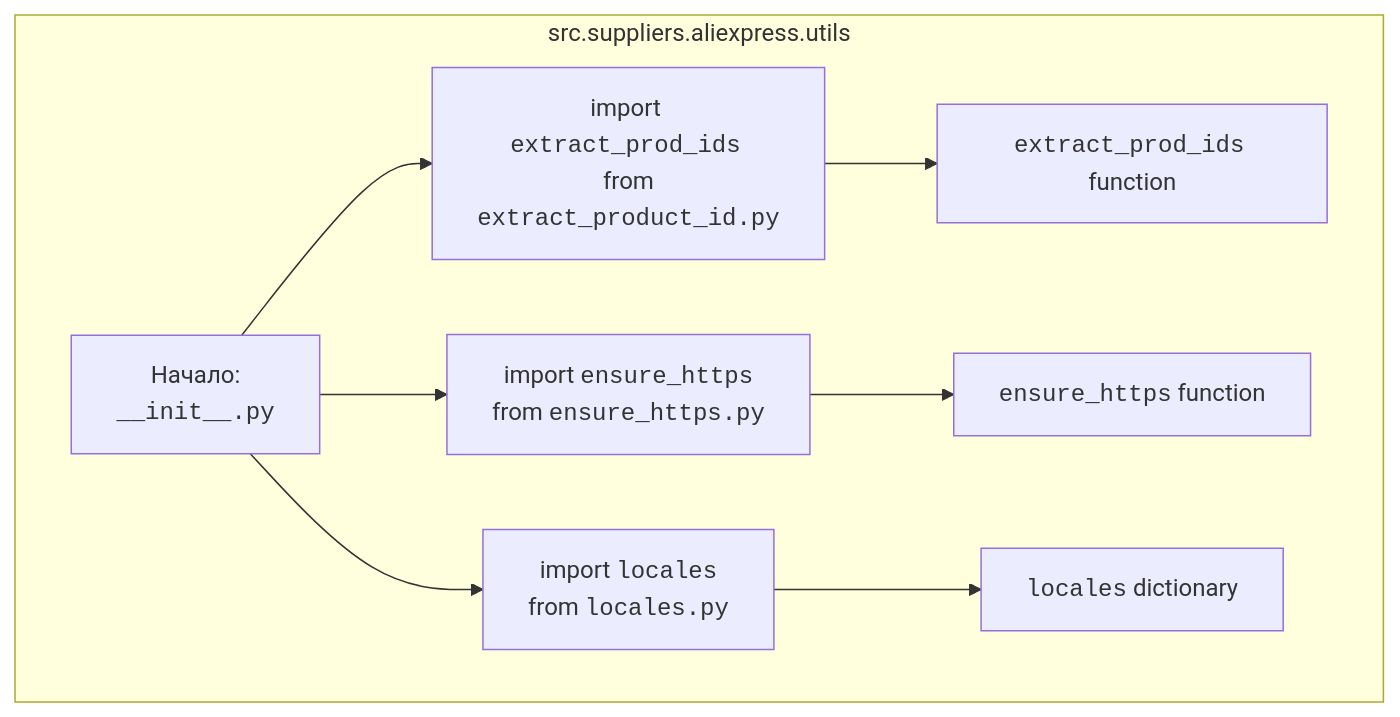
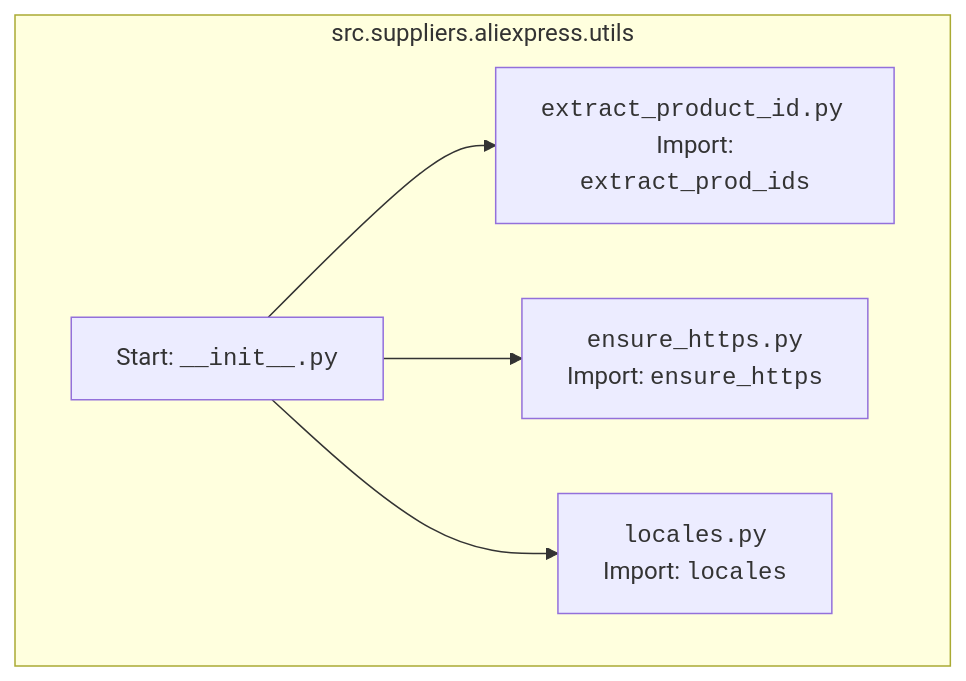
The diagram in docs/gemini/ru/explainer/src/suppliers/aliexpress/utils/__init__.py.md (hypo69/hypo), drawn with Mermaid before and after one commit. The commit also changed other lines of this file and 1505 other files, not shown here.

````diff
--- a/docs/gemini/ru/explainer/src/suppliers/aliexpress/utils/__init__.py.md
+++ b/docs/gemini/ru/explainer/src/suppliers/aliexpress/utils/__init__.py.md
@@ -36,11 +16,8 @@
 ```mermaid
 flowchart TD
     subgraph src.suppliers.aliexpress.utils
-        Start[Начало: \n<code>__init__.py</code>] --> extract_product_id[import <code>extract_prod_ids</code> <br> from <code>extract_product_id.py</code>]
-        Start --> ensure_https_import[import <code>ensure_https</code> <br> from <code>ensure_https.py</code>]
-        Start --> locales_import[import <code>locales</code> <br> from <code>locales.py</code>]
-        extract_product_id --> extract_product_id_end[<code>extract_prod_ids</code> function]
-        ensure_https_import --> ensure_https_end[<code>ensure_https</code> function]
-        locales_import --> locales_end[<code>locales</code> dictionary]
+        Start[Start: <code>__init__.py</code>] --> ExtractProductId[<code>extract_product_id.py</code> <br> Import: <code>extract_prod_ids</code>]
+        Start --> EnsureHttps[<code>ensure_https.py</code> <br> Import: <code>ensure_https</code>]
+        Start --> Locales[<code>locales.py</code> <br> Import: <code>locales</code>]
     end
 ```
````
